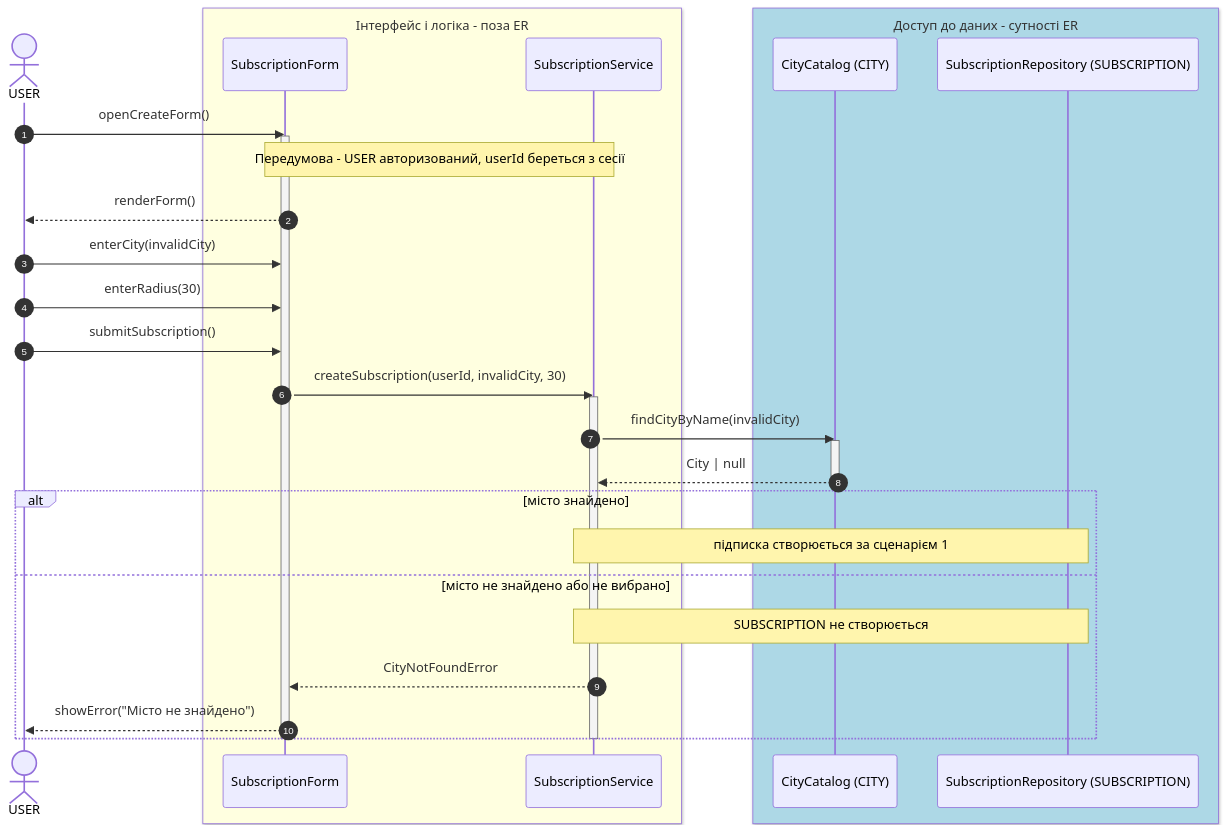
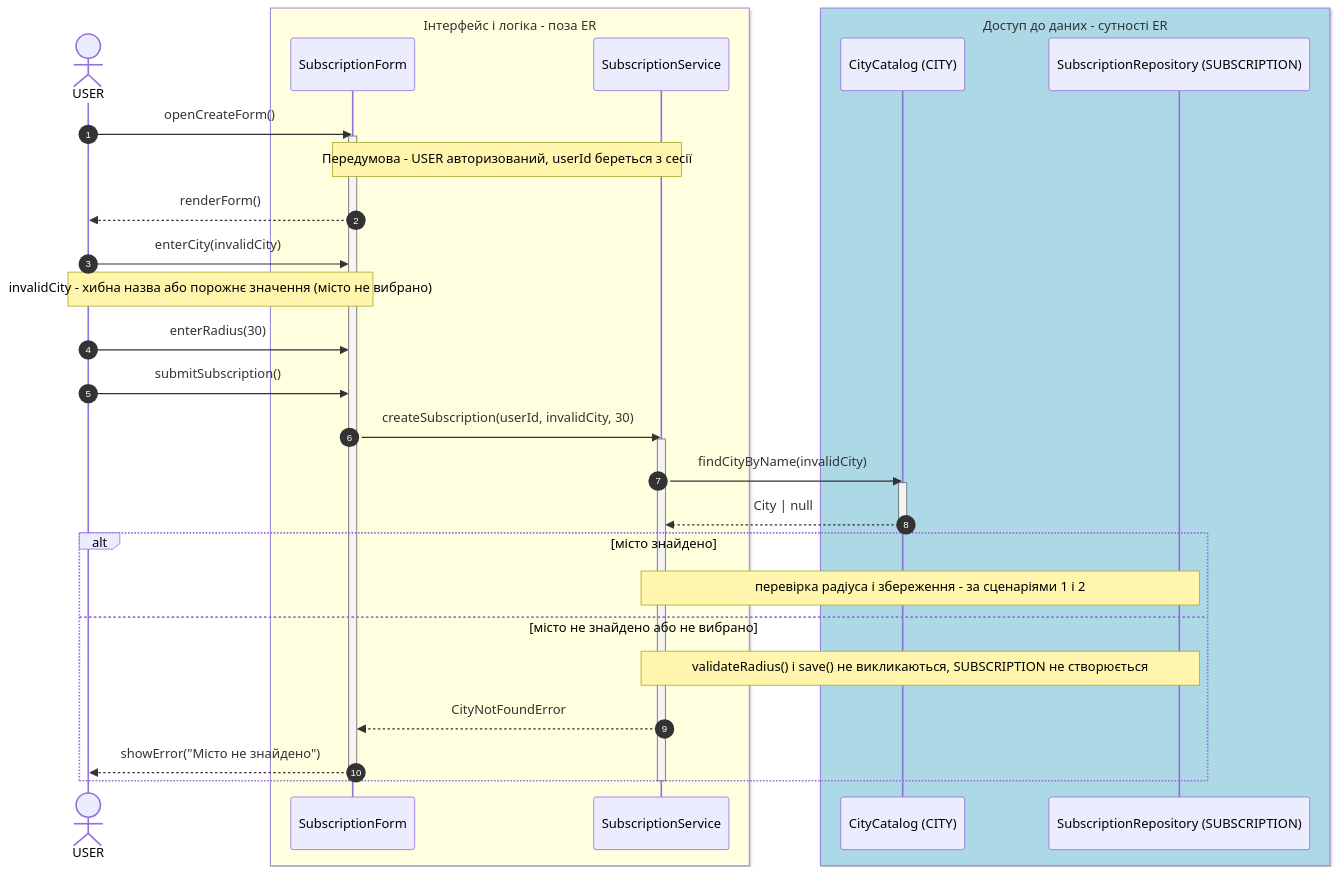
One commit to acabzonbi/aerial-target-track1 changed the diagram in lab3/scenario3.mmd. Above: the diagram before and after it, drawn with Mermaid. The commit also changed 2 other files, not shown here.

```diff
--- a/lab3/scenario3.mmd
+++ b/lab3/scenario3.mmd
@@ -1,36 +1,37 @@
 sequenceDiagram
     autonumber
     actor U as USER
     box LightYellow Інтерфейс і логіка - поза ER
         participant F as SubscriptionForm
         participant S as SubscriptionService
     end
     box LightBlue Доступ до даних - сутності ER
         participant C as CityCatalog (CITY)
         participant R as SubscriptionRepository (SUBSCRIPTION)
     end
 
     U->>F: openCreateForm()
     activate F
     Note over F,S: Передумова - USER авторизований, userId береться з сесії
     F-->>U: renderForm()
     U->>F: enterCity(invalidCity)
+    Note over U,F: invalidCity - хибна назва або порожнє значення (місто не вибрано)
     U->>F: enterRadius(30)
     U->>F: submitSubscription()
     F->>S: createSubscription(userId, invalidCity, 30)
     activate S
     S->>C: findCityByName(invalidCity)
     activate C
     C-->>S: City | null
     deactivate C
 
     alt місто знайдено
-        Note over S,R: підписка створюється за сценарієм 1
+        Note over S,R: перевірка радіуса і збереження - за сценаріями 1 і 2
     else місто не знайдено або не вибрано
-        Note over S,R: SUBSCRIPTION не створюється
+        Note over S,R: validateRadius() і save() не викликаються, SUBSCRIPTION не створюється
         S-->>F: CityNotFoundError
         F-->>U: showError("Місто не знайдено")
     end
 
     deactivate S
     deactivate F
```
